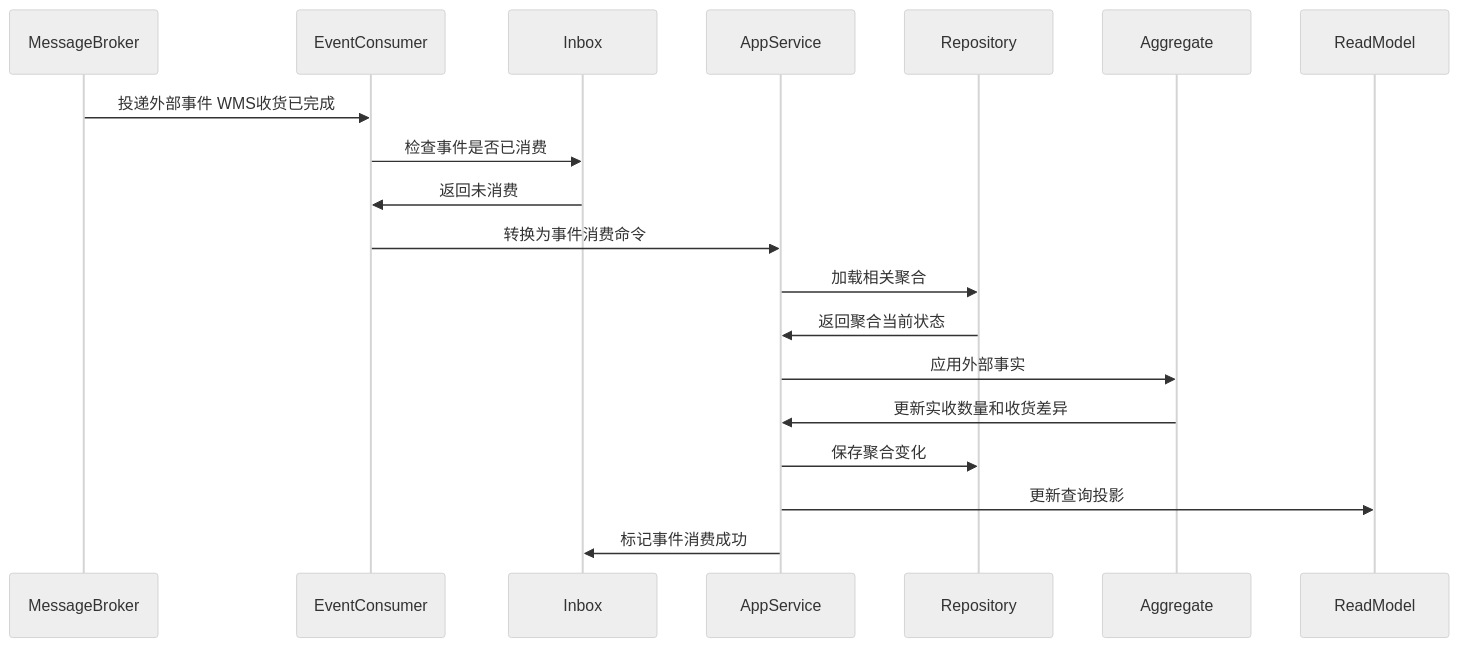
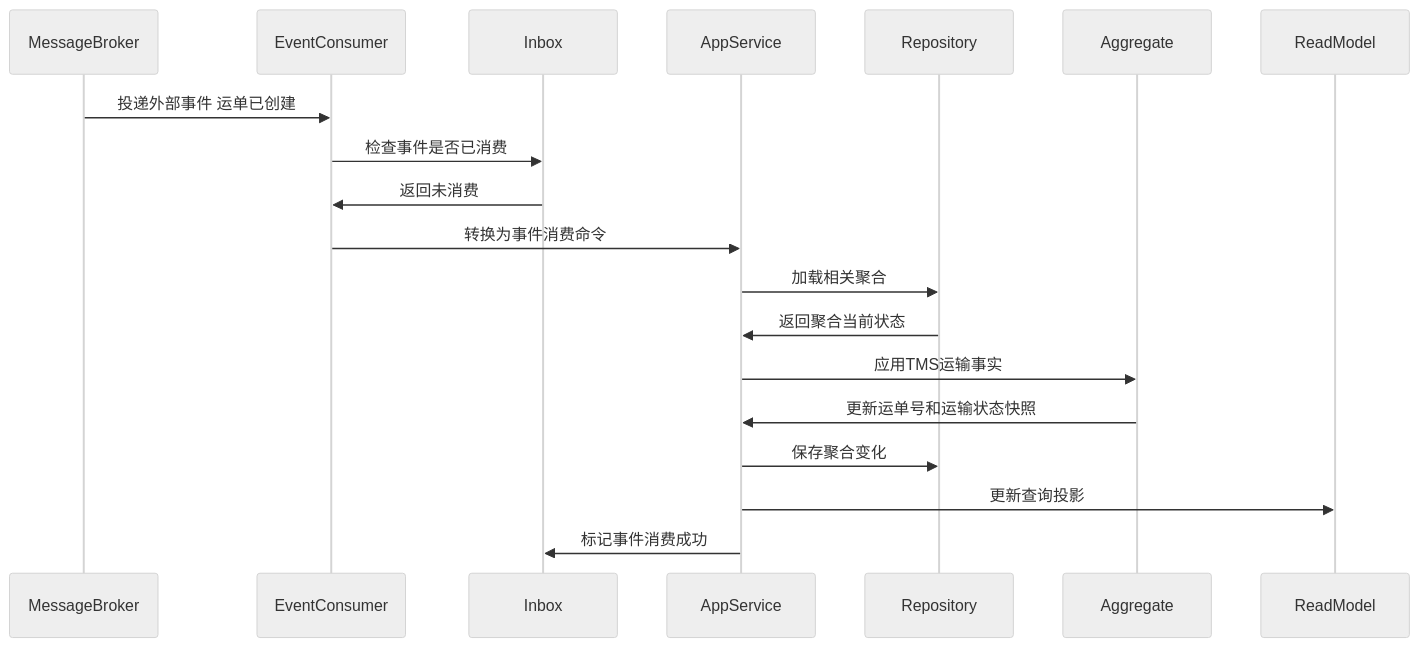
The fifth of 6 diagrams in docs/03-核心业务模型/01-供应商领域模型/07-ASN聚合CQRS设计.md (chao1927/scm), drawn with Mermaid (neutral theme) before and after one commit. The commit also changed other lines of this file and 118 other files, not shown here.

````diff
--- a/docs/03-核心业务模型/01-供应商领域模型/07-ASN聚合CQRS设计.md
+++ b/docs/03-核心业务模型/01-供应商领域模型/07-ASN聚合CQRS设计.md
@@ -291,22 +299,22 @@
 ```mermaid
 sequenceDiagram
     participant MessageBroker
     participant EventConsumer
     participant Inbox
     participant AppService
     participant Repository
     participant Aggregate
     participant ReadModel
 
-    MessageBroker->>EventConsumer: 投递外部事件 WMS收货已完成
+    MessageBroker->>EventConsumer: 投递外部事件 运单已创建
     EventConsumer->>Inbox: 检查事件是否已消费
     Inbox->>EventConsumer: 返回未消费
     EventConsumer->>AppService: 转换为事件消费命令
     AppService->>Repository: 加载相关聚合
     Repository->>AppService: 返回聚合当前状态
-    AppService->>Aggregate: 应用外部事实
-    Aggregate->>AppService: 更新实收数量和收货差异
+    AppService->>Aggregate: 应用TMS运输事实
+    Aggregate->>AppService: 更新运单号和运输状态快照
     AppService->>Repository: 保存聚合变化
     AppService->>ReadModel: 更新查询投影
     AppService->>Inbox: 标记事件消费成功
 ```
````
